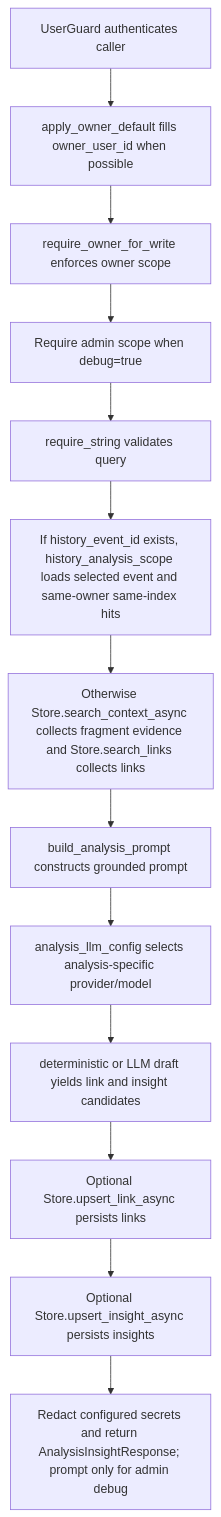
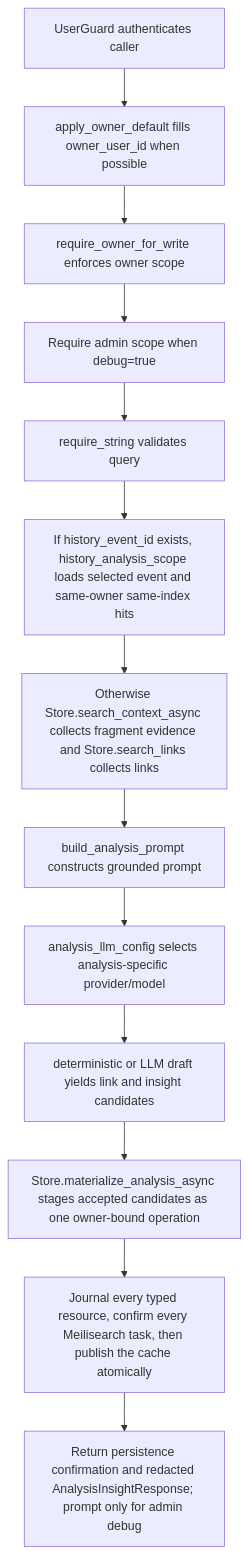
One commit to dickwu/nowledge changed the diagram in doc/api/post_v1_analysis_insights.md. Above: the diagram before and after it, drawn with Mermaid. The commit also changed other lines of this file and 14 other files, not shown here.

````diff
--- a/doc/api/post_v1_analysis_insights.md
+++ b/doc/api/post_v1_analysis_insights.md
@@ -63,28 +64,28 @@
 ```mermaid
 flowchart TD
   n0["UserGuard authenticates caller"]
   n1["apply_owner_default fills owner_user_id when possible"]
   n2["require_owner_for_write enforces owner scope"]
   n3["Require admin scope when debug=true"]
   n4["require_string validates query"]
   n5["If history_event_id exists, history_analysis_scope loads selected event and same-owner same-index hits"]
   n6["Otherwise Store.search_context_async collects fragment evidence and Store.search_links collects links"]
   n7["build_analysis_prompt constructs grounded prompt"]
   n8["analysis_llm_config selects analysis-specific provider/model"]
   n9["deterministic or LLM draft yields link and insight candidates"]
-  n10["Optional Store.upsert_link_async persists links"]
-  n11["Optional Store.upsert_insight_async persists insights"]
-  n12["Redact configured secrets and return AnalysisInsightResponse; prompt only for admin debug"]
+  n10["Store.materialize_analysis_async stages accepted candidates as one owner-bound operation"]
+  n11["Journal every typed resource, confirm every Meilisearch task, then publish the cache atomically"]
+  n12["Return persistence confirmation and redacted AnalysisInsightResponse; prompt only for admin debug"]
   n0 --> n1
   n1 --> n2
   n2 --> n3
   n3 --> n4
   n4 --> n5
   n5 --> n6
   n6 --> n7
   n7 --> n8
   n8 --> n9
   n9 --> n10
   n10 --> n11
   n11 --> n12
 ```
````
